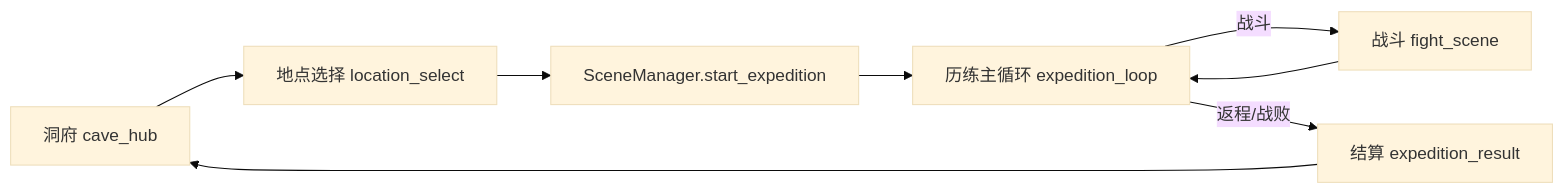
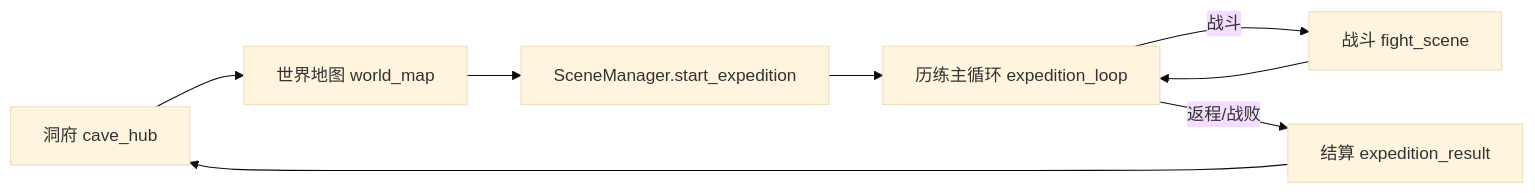
Before and after one commit to consai/xiuxian-lilian: the diagram in docs/expedition-system.md, drawn with Mermaid (base theme). The commit also changed other lines of this file and 27 other files, not shown here.

First line of the commit message:
Split expedition events into shared common pools and map-specific events.

````diff
--- a/docs/expedition-system.md
+++ b/docs/expedition-system.md
@@ -13,10 +13,10 @@
 ```mermaid
 flowchart LR
-  Hub[洞府 cave_hub] --> Loc[地点选择 location_select]
-  Loc --> Start[SceneManager.start_expedition]
+  Hub[洞府 cave_hub] --> Map[世界地图 world_map]
+  Map --> Start[SceneManager.start_expedition]
   Start --> Loop[历练主循环 expedition_loop]
   Loop -->|战斗| Fight[战斗 fight_scene]
   Fight --> Loop
   Loop -->|返程/战败| Result[结算 expedition_result]
   Result --> Hub
 ```
````
